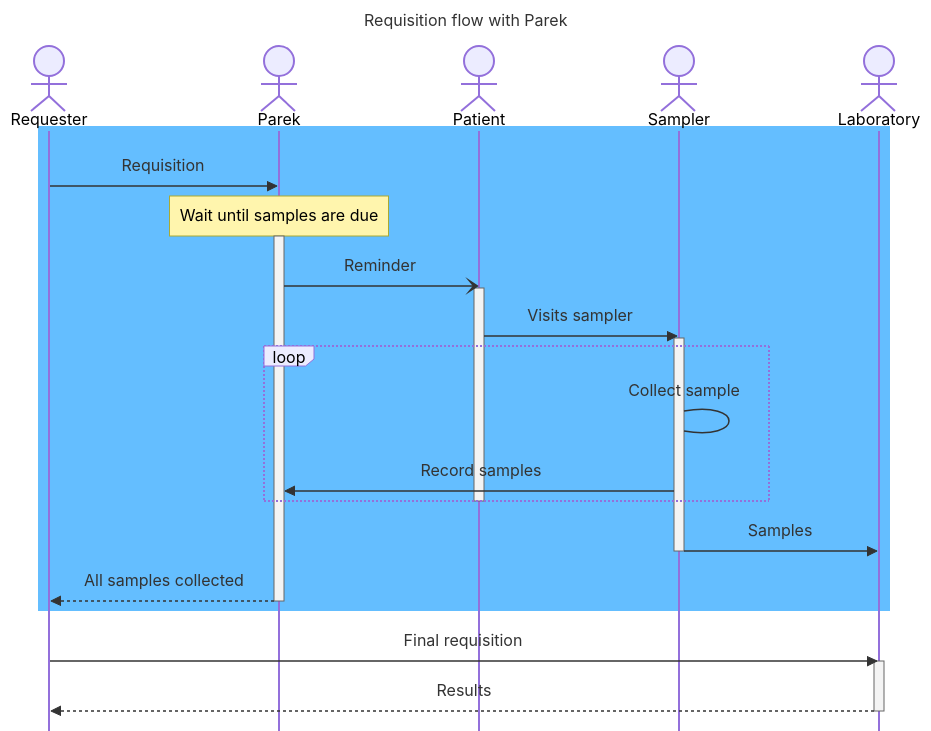
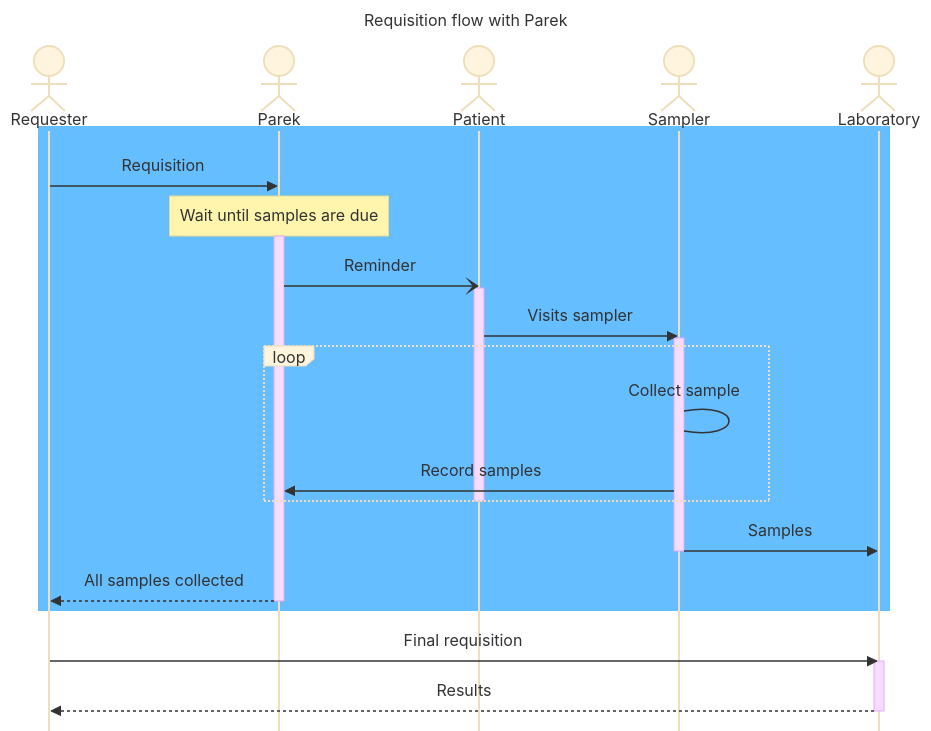
The second of 3 diagrams in ParekIG/input/pagecontent/index.md (HL7Norway/PasientensRekvisisjoner-Parek), drawn with Mermaid before and after one commit. The commit also changed other lines of this file, not shown here.

Commit message:
Use init directives in correct diagram

````diff
--- a/ParekIG/input/pagecontent/index.md
+++ b/ParekIG/input/pagecontent/index.md
@@ -46,35 +46,42 @@
 ```mermaid
 ---
 title: Requisition flow with Parek
 ---
+%%{init: {
+    'sequence': {
+        'mirrorActors':false,
+        'useMaxHeigth': 0
+        },
+    'theme': 'base'
+    }
+}%%
 sequenceDiagram
-%%{init: {'sequence': {'mirrorActors':false}}}%%
     actor Requester
     actor Parek
     actor Patient
     actor Sampler
     actor Laboratory
 
     rect rgb(100, 190, 255)
         Requester->>Parek: Requisition
         Note over Parek: Wait until samples are due
         activate Parek
         Parek-)Patient: Reminder
         activate Patient
         Patient->>Sampler: Visits sampler
         activate Sampler
         loop
             Sampler->Sampler: Collect sample
             Sampler->>Parek: Record samples
         end
         deactivate Patient
         Sampler->>Laboratory: Samples
         deactivate Sampler
         Parek-->>Requester: All samples collected
         deactivate Parek
     end
     Requester->>Laboratory: Final requisition
     activate Laboratory
     Laboratory-->>Requester: Results
     deactivate Laboratory
 ```
````
